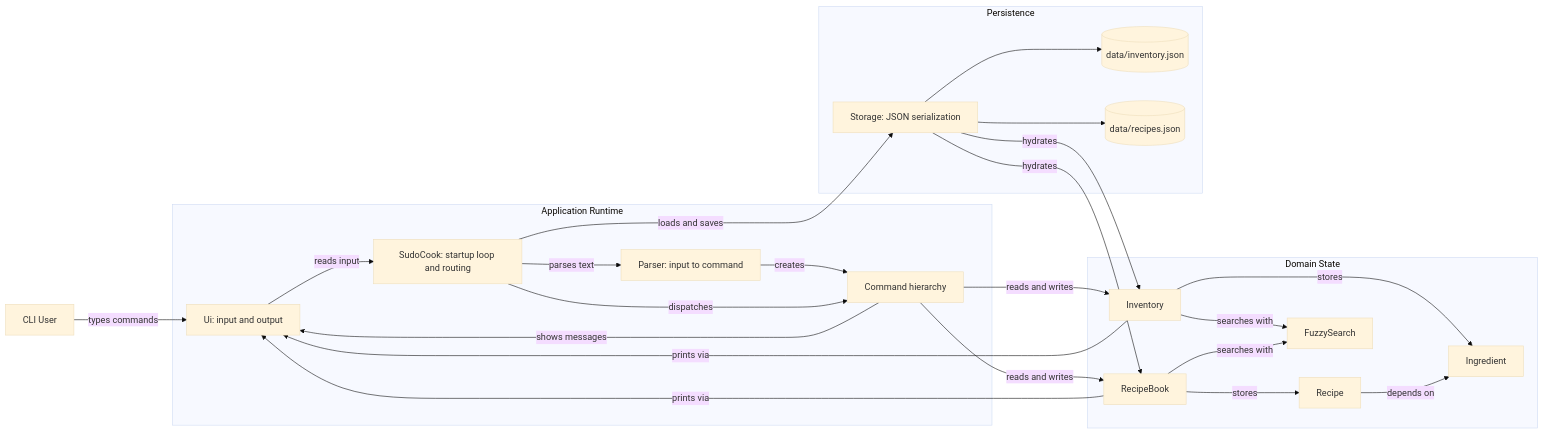
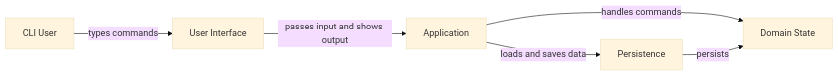
The diagram in docs/Architecture.md (AY2526S2-CS2113-W13-2/tp), drawn with Mermaid (base theme) before and after one commit.

Commit message:
Simplify archi diagram

````diff
--- a/docs/Architecture.md
+++ b/docs/Architecture.md
@@ -5,51 +5,15 @@
 ```mermaid
 flowchart LR
     user["CLI User"]
 
-    subgraph runtime["Application Runtime"]
-        ui["Ui: input and output"]
-        app["SudoCook: startup loop and routing"]
-        parser["Parser: input to command"]
-        commands["Command hierarchy"]
-    end
-
-    subgraph domain["Domain State"]
-        inventory["Inventory"]
-        recipeBook["RecipeBook"]
-        recipe["Recipe"]
-        ingredient["Ingredient"]
-        fuzzy["FuzzySearch"]
-    end
-
-    subgraph persistence["Persistence"]
-        storage["Storage: JSON serialization"]
-        inventoryJson[("data/inventory.json")]
-        recipesJson[("data/recipes.json")]
-    end
+    ui["User Interface"]
+    app["Application"]
+    domain["Domain State"]
+    storage["Persistence"]
 
     user -->|types commands| ui
-    ui -->|reads input| app
-    app -->|parses text| parser
-    parser -->|creates| commands
-    app -->|dispatches| commands
-
-    commands -->|reads and writes| inventory
-    commands -->|reads and writes| recipeBook
-    commands -->|shows messages| ui
-
-    inventory -->|stores| ingredient
-    recipeBook -->|stores| recipe
-    recipe -->|depends on| ingredient
-
-    inventory -->|searches with| fuzzy
-    recipeBook -->|searches with| fuzzy
-
-    app -->|loads and saves| storage
-    storage -->|hydrates| inventory
-    storage -->|hydrates| recipeBook
-    storage --> inventoryJson
-    storage --> recipesJson
-
-    inventory -->|prints via| ui
-    recipeBook -->|prints via| ui
+    ui -->|passes input and shows output| app
+    app -->|handles commands| domain
+    app -->|loads and saves data| storage
+    storage -->|persists| domain
 ```
````
